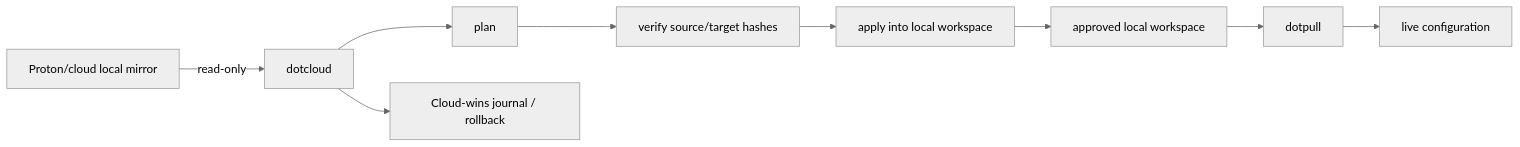
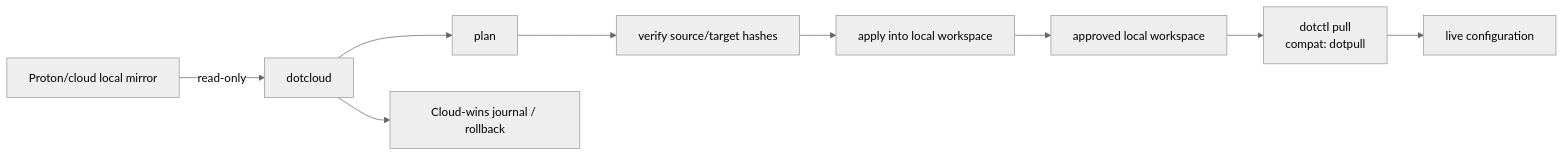
Before and after one commit to Kim-WooJong/Initial-setup: the eighth of 11 diagrams in docs/wiki/Code-Architecture.md, drawn with Mermaid (neutral theme). The commit also changed other lines of this file and 172 other files, not shown here.

````diff
--- a/docs/wiki/Code-Architecture.md
+++ b/docs/wiki/Code-Architecture.md
@@ -274,12 +292,12 @@
 ```mermaid
 flowchart LR
     P[Proton/cloud local mirror] -->|read-only| C[dotcloud]
     C --> PL[plan]
     PL --> V[verify source/target hashes]
     V --> A[apply into local workspace]
     A --> W[approved local workspace]
-    W --> DP[dotpull]
+    W --> DP[dotctl pull<br/>compat: dotpull]
     DP --> L[live configuration]
 
     C --> R[Cloud-wins journal / rollback]
 ```
````
